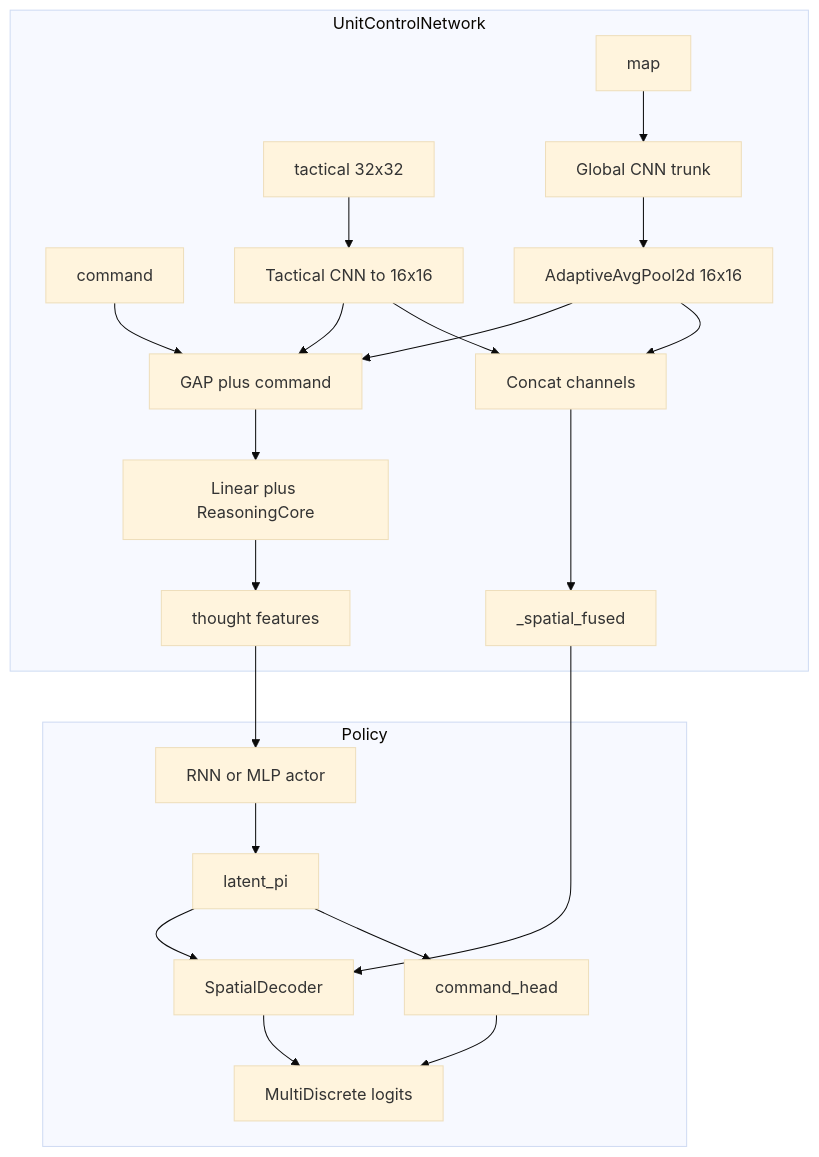
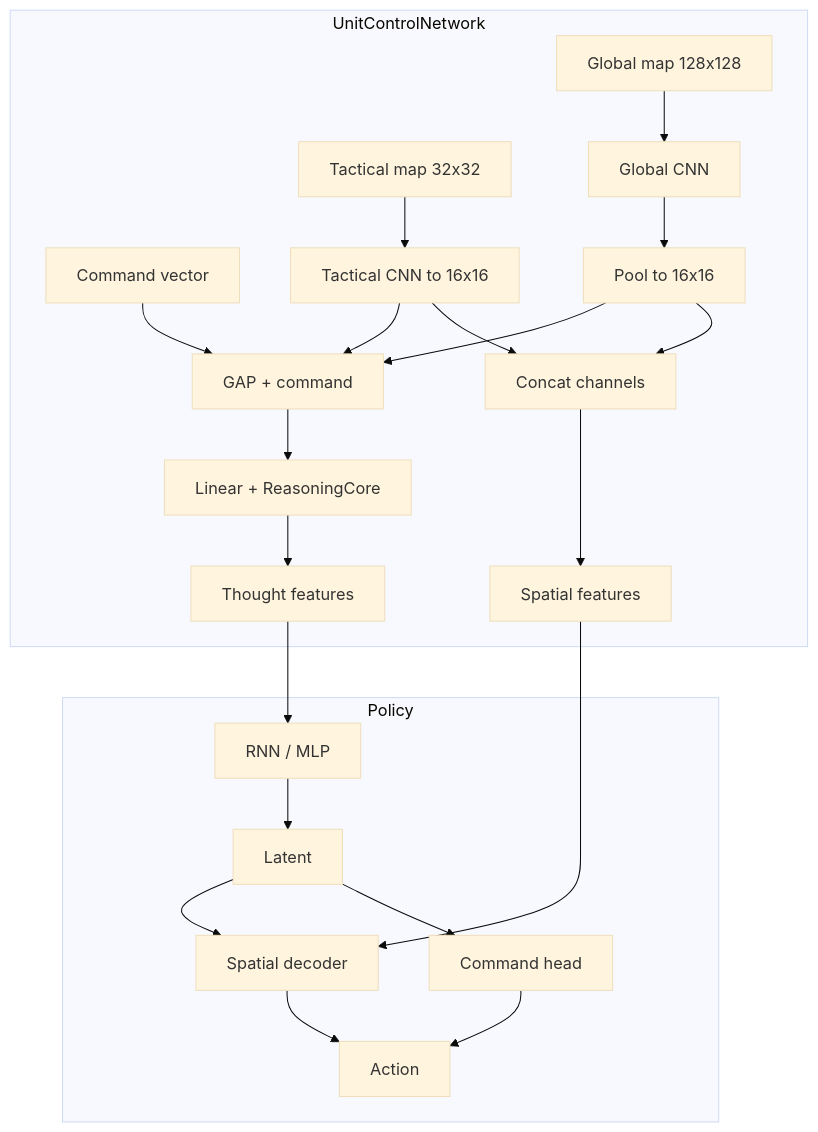
The diagram in README.md (matthiassawinskiprivat/sc2_agent), drawn with Mermaid (base theme) before and after one commit. The commit also changed other lines of this file and 57 other files, not shown here.

````diff
--- a/README.md
+++ b/README.md
@@ -84,37 +114,32 @@
 ```mermaid
 flowchart TB
   subgraph enc [UnitControlNetwork]
-    map["map"]
-    tac["tactical 32x32"]
-    cmd["command"]
-    gcn["Global CNN trunk"]
-    pool["AdaptiveAvgPool2d 16x16"]
+    map["Global map 128x128"]
+    tac["Tactical map 32x32"]
+    cmd["Command vector"]
+    gcn["Global CNN"] --> pool["Pool to 16x16"]
     tcn["Tactical CNN to 16x16"]
     fuse["Concat channels"]
-    gap["GAP plus command"]
-    lin["Linear plus ReasoningCore"]
-    thought["thought features"]
-    map --> gcn --> pool
+    gap["GAP + command"]
+    lin["Linear + ReasoningCore"]
+    map --> gcn
     tac --> tcn
     pool --> fuse
     tcn --> fuse
-    fuse --> stash["_spatial_fused"]
+    fuse --> stash["Spatial features"]
     pool --> gap
     tcn --> gap
     cmd --> gap
-    gap --> lin --> thought
+    gap --> lin --> thought["Thought features"]
   end
   subgraph pol [Policy]
-    rnn["RNN or MLP actor"]
-    latent["latent_pi"]
-    ch["command_head"]
-    dec["SpatialDecoder"]
-    logits["MultiDiscrete logits"]
-    thought --> rnn --> latent
+    rnn["RNN / MLP"]
+    ch["Command head"]
+    dec["Spatial decoder"]
+    thought --> rnn --> latent["Latent"]
+    latent --> ch --> logits["Action"]
     stash --> dec
-    latent --> ch
     latent --> dec
-    ch --> logits
     dec --> logits
   end
 ```
````
